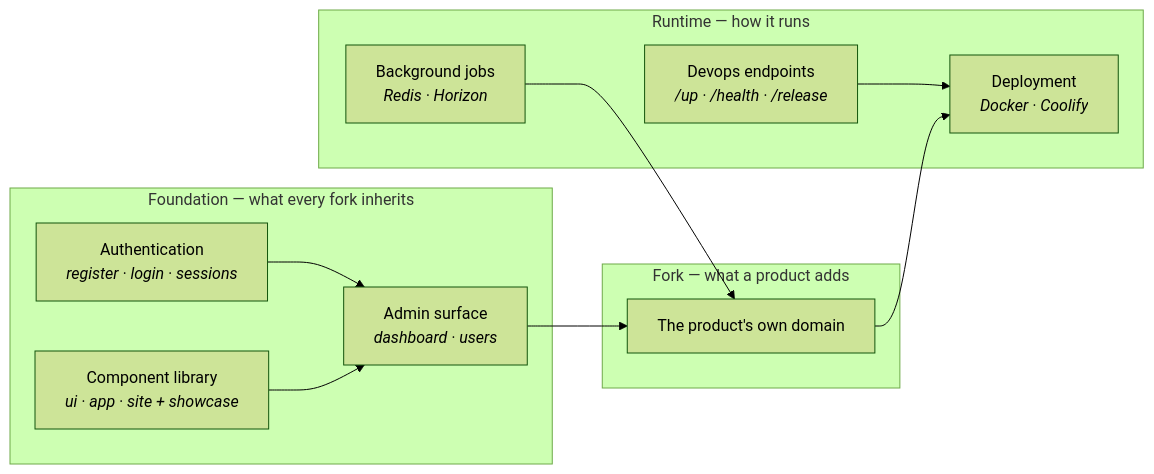
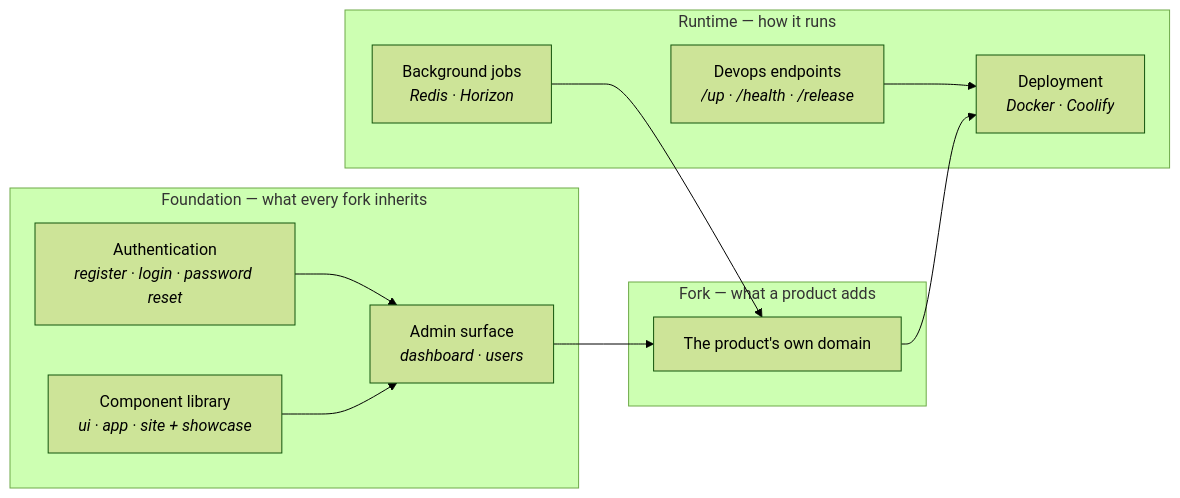
The diagram in docs/concepts/platform.md (timothymarois/template-laravel-app), drawn with Mermaid (forest theme) before and after one commit. The commit also changed other lines of this file and 16 other files, not shown here.

First line of the commit message:
feat(auth): add forgot/reset password and close auth defects

````diff
--- a/docs/concepts/platform.md
+++ b/docs/concepts/platform.md
@@ -12,23 +12,23 @@
 ```mermaid
 flowchart LR
   subgraph Foundation["Foundation — what every fork inherits"]
-    auth["Authentication<br/><i>register · login · sessions</i>"]
+    auth["Authentication<br/><i>register · login · password reset</i>"]
     admin["Admin surface<br/><i>dashboard · users</i>"]
     kit["Component library<br/><i>ui · app · site + showcase</i>"]
   end
   subgraph Runtime["Runtime — how it runs"]
     jobs["Background jobs<br/><i>Redis · Horizon</i>"]
     health["Devops endpoints<br/><i>/up · /health · /release</i>"]
     deploy["Deployment<br/><i>Docker · Coolify</i>"]
   end
   subgraph Fork["Fork — what a product adds"]
     product["The product's own domain"]
   end
 
   auth --> admin
   kit --> admin
   admin --> product
   jobs --> product
   health --> deploy
   product --> deploy
 ```
````
